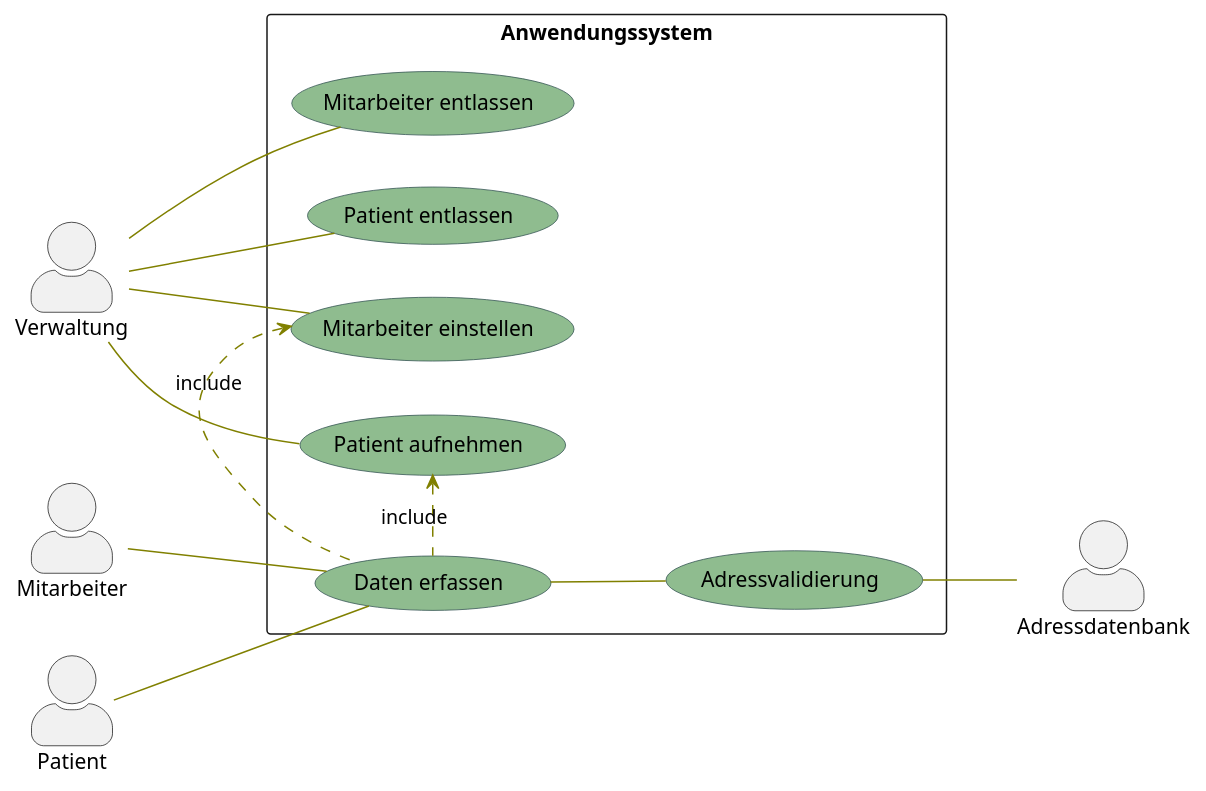
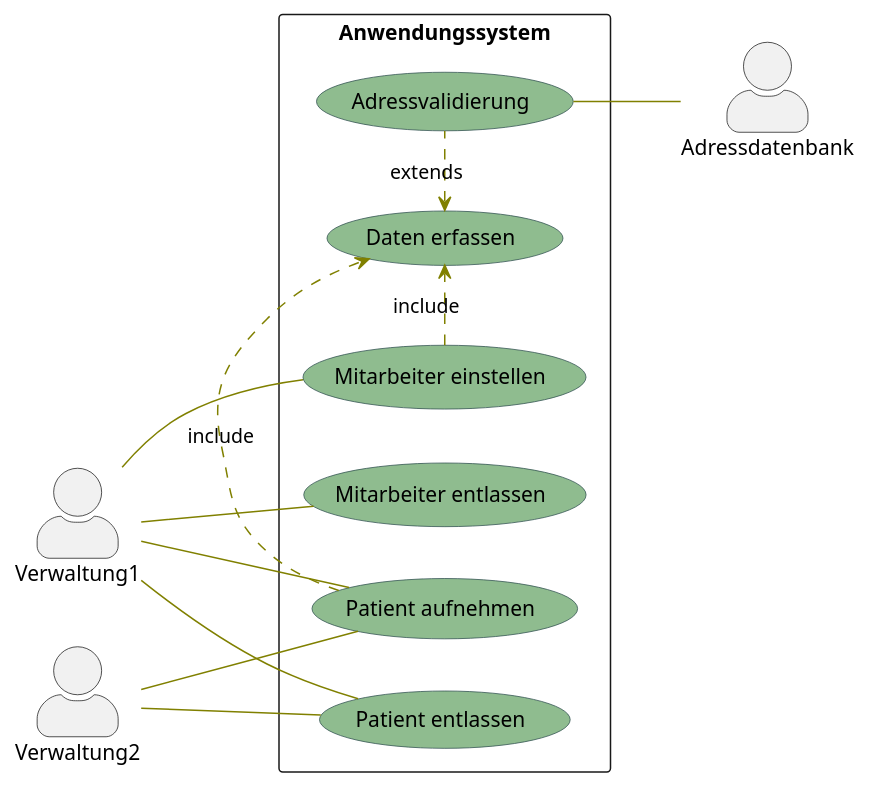
The diagram in USE-CaseKrankenhaus.puml (sargoschh/FSE_Landerer_OO-Analyse), drawn with PlantUML before and after one commit. The commit also changed 5 other files, not shown here.

```diff
--- a/USE-CaseKrankenhaus.puml
+++ b/USE-CaseKrankenhaus.puml
@@ -1,36 +1,35 @@
 @startuml USE-CaseKrankenhaus
 skinparam actorStyle awesome
 
 skinparam usecase {
 BackgroundColor DarkSeaGreen
 BorderColor DarkSlateGray
 
 BackgroundColor<< Main >> YellowGreen
 BorderColor<< Main >> YellowGreen
 
 ArrowColor Olive
 ActorBorderColor black
 ActorFontName Courier
 
 ActorBackgroundColor<< Human >> Gold
 }
 left to right direction
-actor :Verwaltung: as V
-actor :Mitarbeiter: as M
-actor :Patient: as P
+actor :Verwaltung1: as V
+actor :Verwaltung2: as V2
 actor :Adressdatenbank: as ADB
 
 rectangle Anwendungssystem {
     
   V -- (Mitarbeiter einstellen)
   V -- (Mitarbeiter entlassen)
   V -- (Patient aufnehmen)
   V -- (Patient entlassen)
-  (Mitarbeiter einstellen) <. (Daten erfassen) : include
-  (Patient aufnehmen) <. (Daten erfassen) : include
-  M -- (Daten erfassen)
-  P -- (Daten erfassen)
-  (Daten erfassen) -- (Adressvalidierung)
+  V2 -- (Patient aufnehmen)
+  V2 -- (Patient entlassen)
+  (Mitarbeiter einstellen) .> (Daten erfassen) : include
+  (Patient aufnehmen) .> (Daten erfassen) : include
+  (Daten erfassen) <. (Adressvalidierung) : extends
   (Adressvalidierung) -- ADB
 }
 @enduml
```
